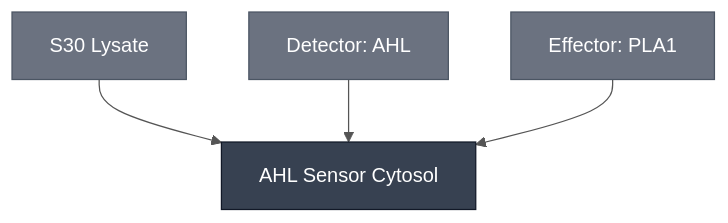
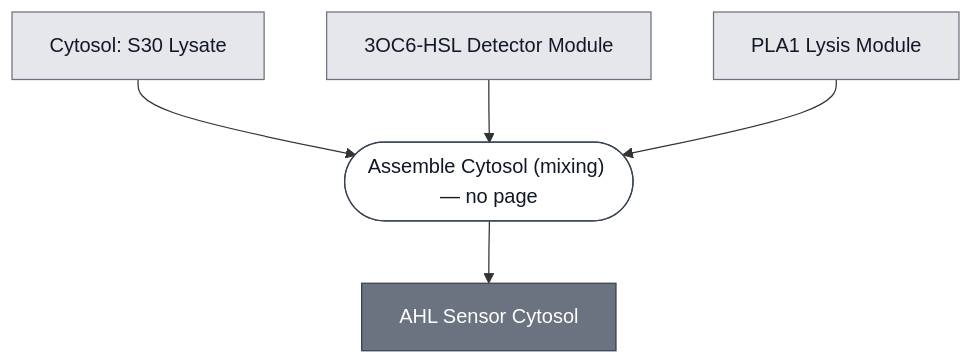
The diagram in docs/modules/ahl-sensor-cytosol/spec.md (nucleus-eng/nucleus-docs), drawn with Mermaid before and after one commit. The commit also changed 5 other files, not shown here.

````diff
--- a/docs/modules/ahl-sensor-cytosol/spec.md
+++ b/docs/modules/ahl-sensor-cytosol/spec.md
@@ -27,22 +27,27 @@
 ```mermaid
-%%{init: {'theme': 'base', 'themeVariables': {'lineColor': '#555555', 'edgeLabelBackground': '#ffffff'}}}%%
 flowchart TD
+    S30_LYSATE["Cytosol: S30 Lysate"]
+    DETECTOR_3OC6_HSL["3OC6-HSL Detector Module"]
+    EFFECTOR_PLA1["PLA1 Lysis Module"]
+
+    P1_ASSEMBLE_CYTOSOL_0(["Assemble Cytosol (mixing) — no page"])
     AHL_SENSOR_CYTOSOL["AHL Sensor Cytosol"]
-    DETECTOR_3OC6_HSL["Detector: AHL"]
-    EFFECTOR_PLA1["Effector: PLA1"]
-    S30_LYSATE["S30 Lysate"]
 
-    S30_LYSATE --> AHL_SENSOR_CYTOSOL
-    DETECTOR_3OC6_HSL --> AHL_SENSOR_CYTOSOL
-    EFFECTOR_PLA1 --> AHL_SENSOR_CYTOSOL
+    S30_LYSATE --> P1_ASSEMBLE_CYTOSOL_0
+    DETECTOR_3OC6_HSL --> P1_ASSEMBLE_CYTOSOL_0
+    EFFECTOR_PLA1 --> P1_ASSEMBLE_CYTOSOL_0
+    P1_ASSEMBLE_CYTOSOL_0 --> AHL_SENSOR_CYTOSOL
 
-    classDef constituent fill:#6B7280,color:#ffffff,stroke:#4B5563;
-    classDef this fill:#374151,color:#ffffff,stroke:#111827;
-    class DETECTOR_3OC6_HSL,EFFECTOR_PLA1,S30_LYSATE constituent;
-    class AHL_SENSOR_CYTOSOL this;
 
-    click AHL_SENSOR_CYTOSOL "/docs/modules/ahl-sensor-cytosol/spec"
+    classDef leaf     fill:#e5e7eb,stroke:#6b7280,color:#111827;
+    classDef composed fill:#6b7280,stroke:#374151,color:#ffffff;
+    classDef process  fill:#ffffff,stroke:#374151,color:#111827;
+    class S30_LYSATE,DETECTOR_3OC6_HSL,EFFECTOR_PLA1 leaf;
+    class AHL_SENSOR_CYTOSOL composed;
+    class P1_ASSEMBLE_CYTOSOL_0 process;
+
+    click S30_LYSATE "/docs/modules/s30-lysate/spec"
     click DETECTOR_3OC6_HSL "/docs/modules/detector-3oc6-hsl/spec"
     click EFFECTOR_PLA1 "/docs/modules/effector-pla1/spec"
-    click S30_LYSATE "/docs/modules/s30-lysate/spec"
+    click AHL_SENSOR_CYTOSOL "/docs/modules/ahl-sensor-cytosol/spec"
 ```
````
